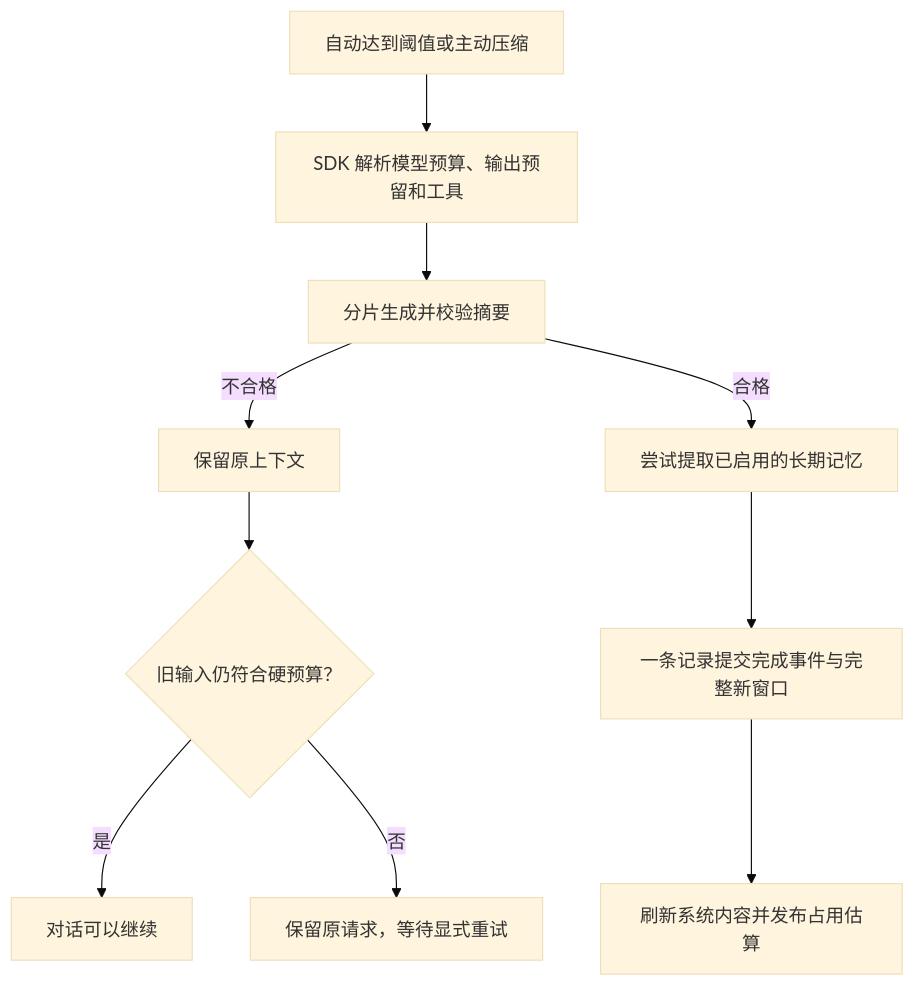
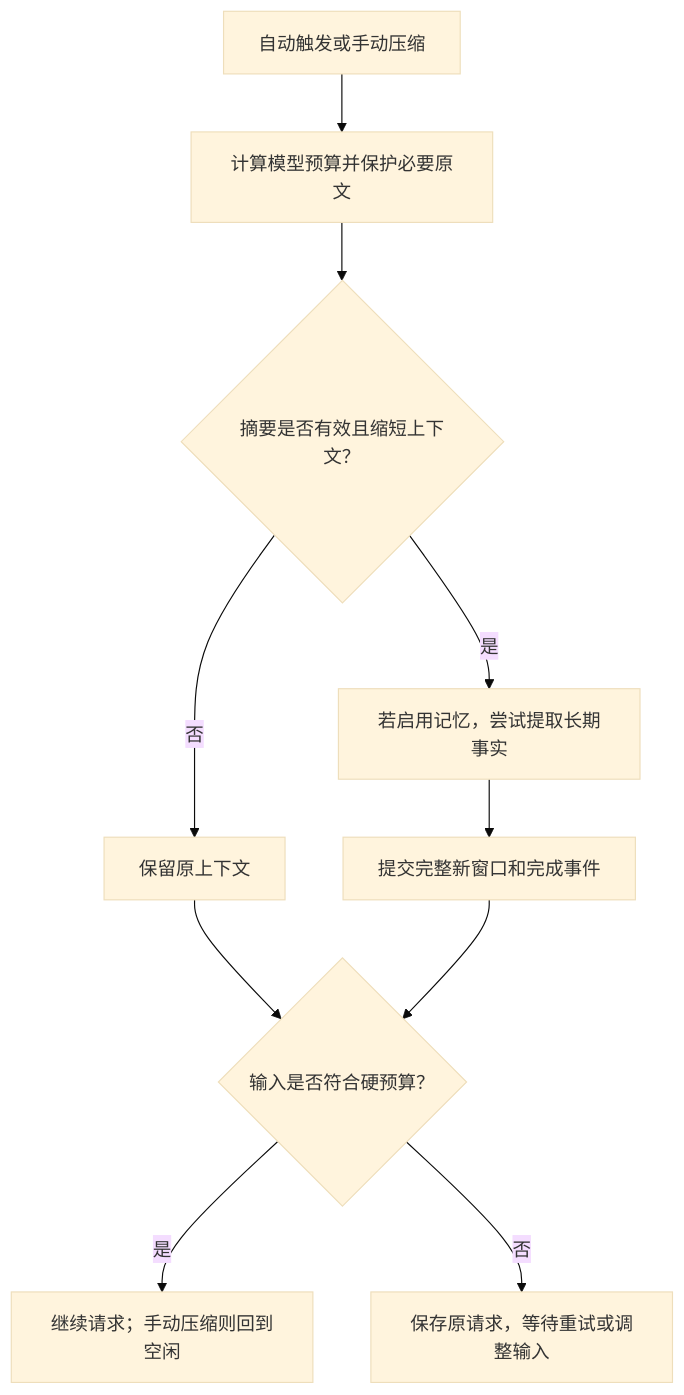
The diagram in docs/zh/Components/model-catalog.md (modelscope/ms-agent), drawn with Mermaid (base theme) before and after one commit. The commit also changed other lines of this file and 6 other files, not shown here.

````diff
--- a/docs/zh/Components/model-catalog.md
+++ b/docs/zh/Components/model-catalog.md
@@ -35,12 +44,12 @@
 ```mermaid
 flowchart TD
-  A[自动达到阈值或主动压缩] --> B[SDK 解析模型预算、输出预留和工具]
-  B --> C[分片生成并校验摘要]
-  C -->|不合格| D[保留原上下文]
-  C -->|合格| E[尝试提取已启用的长期记忆]
-  E --> F[一条记录提交完成事件与完整新窗口]
-  F --> G[刷新系统内容并发布占用估算]
-  D --> H{旧输入仍符合硬预算？}
-  H -->|是| I[对话可以继续]
-  H -->|否| J[保留原请求，等待显式重试]
+  A[自动触发或手动压缩] --> B[计算模型预算并保护必要原文]
+  B --> C{摘要是否有效且缩短上下文？}
+  C -->|否| D[保留原上下文]
+  C -->|是| E[若启用记忆，尝试提取长期事实]
+  E --> F[提交完整新窗口和完成事件]
+  D --> G{输入是否符合硬预算？}
+  F --> G
+  G -->|是| H[继续请求；手动压缩则回到空闲]
+  G -->|否| I[保存原请求，等待重试或调整输入]
 ```
````
